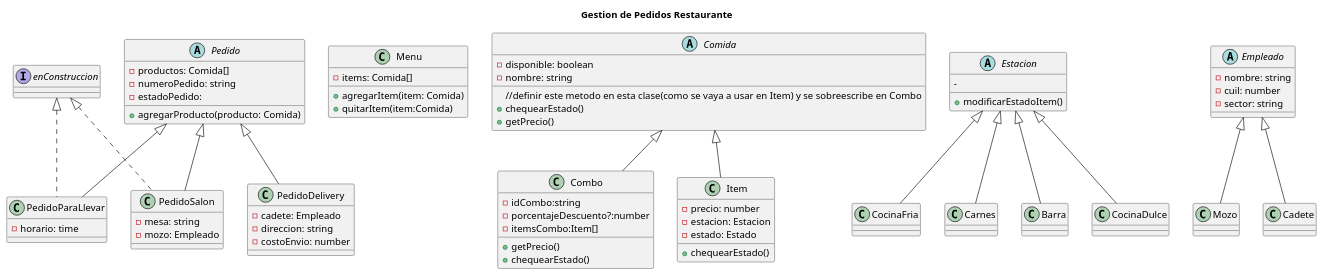
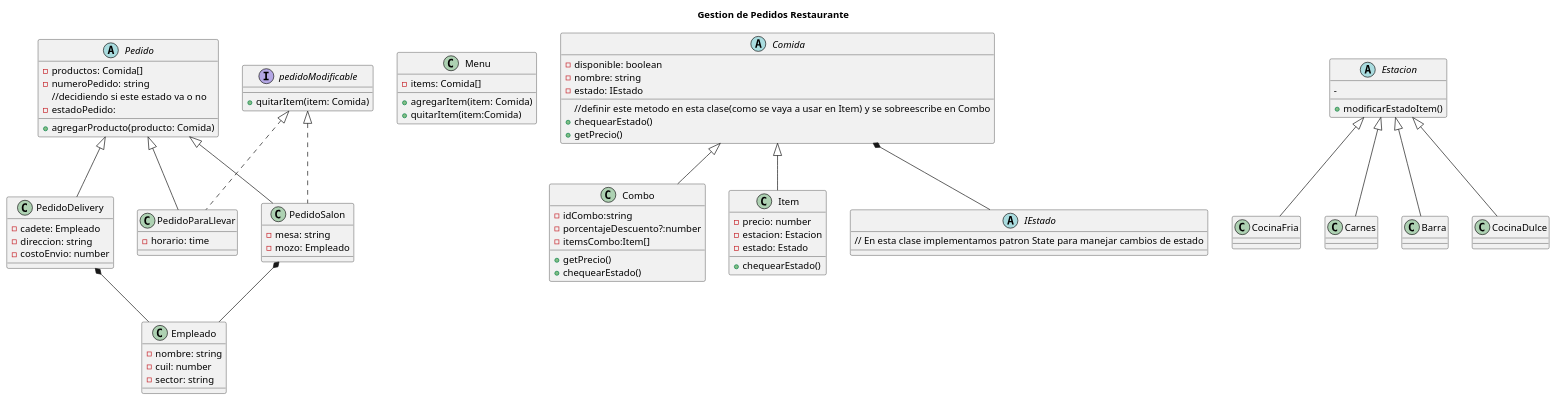
One commit to FedericoGonzalez1988/tp_prog2_grupo8 changed the diagram in diagrams/clases.puml. Above: the diagram before and after it, drawn with PlantUML. The commit also changed 2 other files, not shown here.

Commit message:
correciones diagrama de clases, agregado carpeta de Errores

```diff
--- a/diagrams/clases.puml
+++ b/diagrams/clases.puml
@@ -1,107 +1,109 @@
 @startuml Gestion de Pedidos Restaurante
 
 title Gestion de Pedidos Restaurante
 
 abstract class Pedido {
 
 
     -productos: Comida[]
     -numeroPedido: string
+    //decidiendo si este estado va o no
     -estadoPedido: 
 
     +agregarProducto(producto: Comida)
 
 }
 
-class PedidoSalon extends Pedido implements enConstruccion {
+class PedidoSalon extends Pedido implements pedidoModificable {
     -mesa: string
     -mozo: Empleado
 }
 
 class PedidoDelivery extends Pedido {
     -cadete: Empleado
     -direccion: string
     -costoEnvio: number
 }
 
-class PedidoParaLlevar extends Pedido  implements enConstruccion {
+class PedidoParaLlevar extends Pedido  implements pedidoModificable {
 
     -horario: time
 
 }
 
 class Menu {
 
     -items: Comida[]
     +agregarItem(item: Comida)
     +quitarItem(item:Comida)
 
 }
 abstract class Comida {
     -disponible: boolean
     -nombre: string
+    -estado: IEstado
     //definir este metodo en esta clase(como se vaya a usar en Item) y se sobreescribe en Combo
     +chequearEstado()
     +getPrecio()
 
 }
 class Combo extends Comida {
 
     -idCombo:string
     -porcentajeDescuento?:number
     -itemsCombo:Item[]
     +getPrecio()
     +chequearEstado()
 
     'definir si se pueden agregar y quitar items cuando ya se creó el combo
     '+agregarItem(item: Item)
     '+eliminarItem(item: Item)
     
 }
 
 class Item extends Comida{
     -precio: number
     -estacion: Estacion
     -estado: Estado
     +chequearEstado()
 }
 
+abstract class IEstado {
+
+    // En esta clase implementamos patron State para manejar cambios de estado
+}
 
 abstract class Estacion {
     -
     +modificarEstadoItem()
 }
 class CocinaFria extends Estacion{
 
 }
 
 class Carnes extends Estacion{
 
 }
 class Barra extends Estacion{
 
 }
 class CocinaDulce extends Estacion{
 
 }
 
-interface enConstruccion {
-
+interface pedidoModificable {
+    +quitarItem(item: Comida)
 }
 
-abstract class Empleado {
+class Empleado {
     - nombre: string
     - cuil: number
     - sector: string
 }
 
-class Mozo extends Empleado {
-    
-}
-class Cadete extends Empleado {
-    
-}
 
-' Salon --> enConstruccion
+Comida *-- IEstado
+PedidoDelivery *-- Empleado
+PedidoSalon *-- Empleado
 
 @enduml
```
